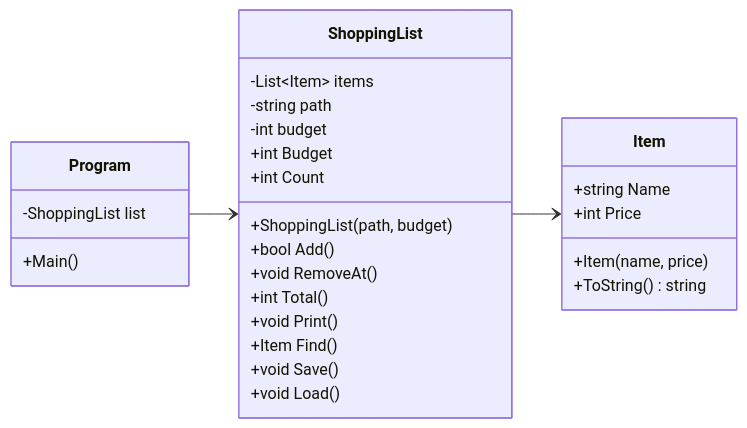
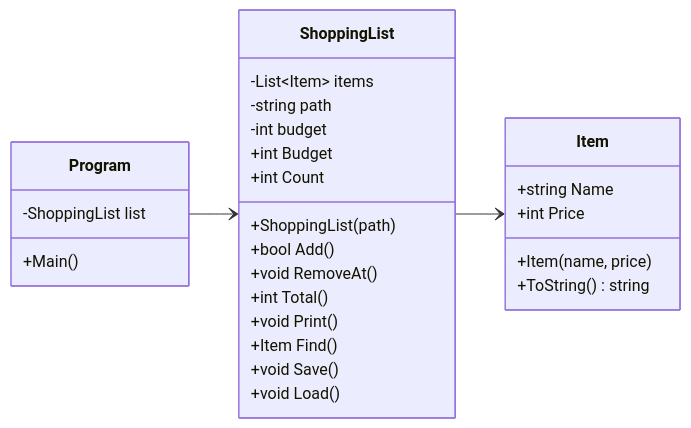
The diagram in README.md (n1cl4s/kk2-varukorg), drawn with Mermaid before and after one commit. The commit also changed 3 other files, not shown here.

````diff
--- a/README.md
+++ b/README.md
@@ -52,35 +52,35 @@
 ```mermaid
 classDiagram
     direction LR
 
     class Program {
         -ShoppingList list
         +Main()
     }
 
     class ShoppingList {
         -List~Item~ items
         -string path
         -int budget
         +int Budget
         +int Count
-        +ShoppingList(path, budget)
+        +ShoppingList(path)
         +bool Add()
         +void RemoveAt()
         +int Total()
         +void Print()
         +Item Find()
         +void Save()
         +void Load()
     }
 
     class Item {
         +string Name
         +int Price
         +Item(name, price)
         +ToString() string
     }
 
     Program --> ShoppingList
     ShoppingList --> Item
 ```
````
